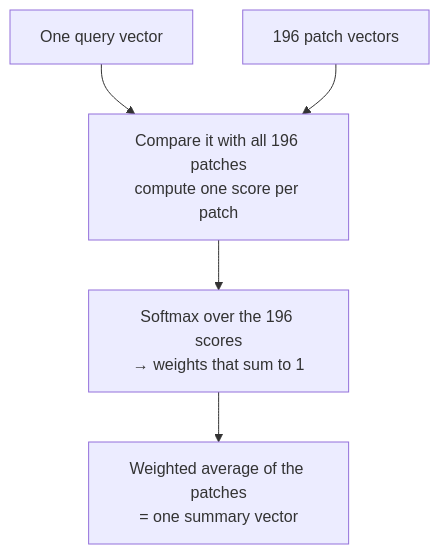
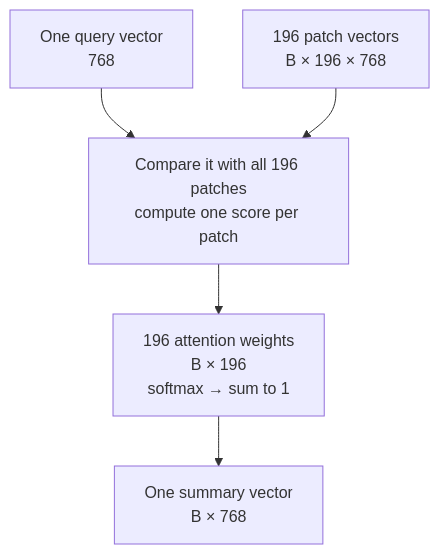
Before and after one commit to AsishKumarDalal/medicalvllm: the second of 9 diagrams in experiment/connector.md, drawn with Mermaid. The commit also changed other lines of this file, not shown here.

Commit message:
Annotate every connector diagram node with output dimensions

````diff
--- a/experiment/connector.md
+++ b/experiment/connector.md
@@ -49,7 +49,7 @@
 ```mermaid
 flowchart TD
-    QQ["One query vector"] --> ATT["Compare it with all 196 patches<br/>compute one score per patch"]
-    PP["196 patch vectors"] --> ATT
-    ATT --> W["Softmax over the 196 scores<br/>→ weights that sum to 1"]
-    W --> SUM["Weighted average of the patches<br/>= one summary vector"]
+    QQ["One query vector<br/>768"] --> ATT["Compare it with all 196 patches<br/>compute one score per patch"]
+    PP["196 patch vectors<br/>B × 196 × 768"] --> ATT
+    ATT --> W["196 attention weights<br/>B × 196<br/>softmax → sum to 1"]
+    W --> SUM["One summary vector<br/>B × 768"]
 ```
````
